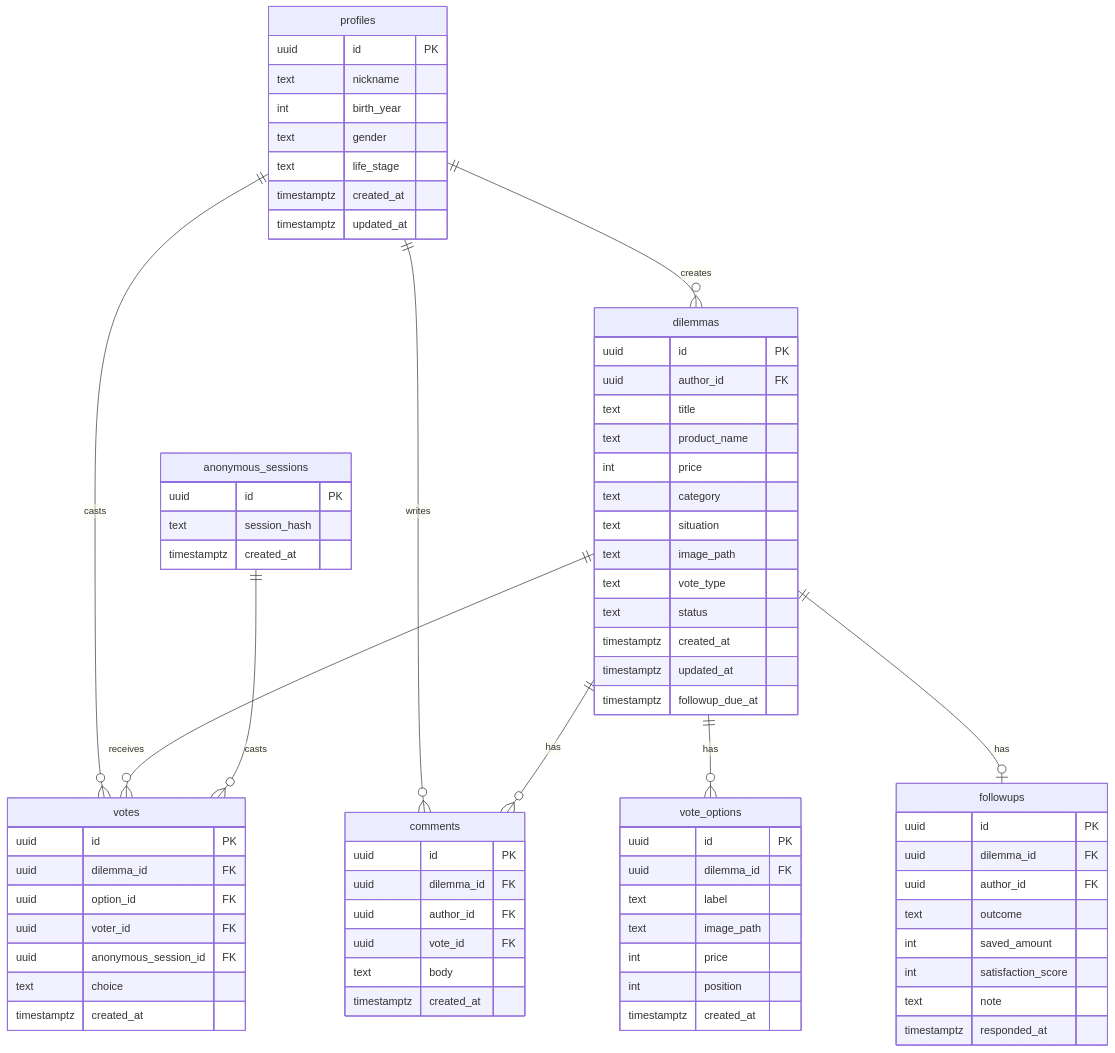
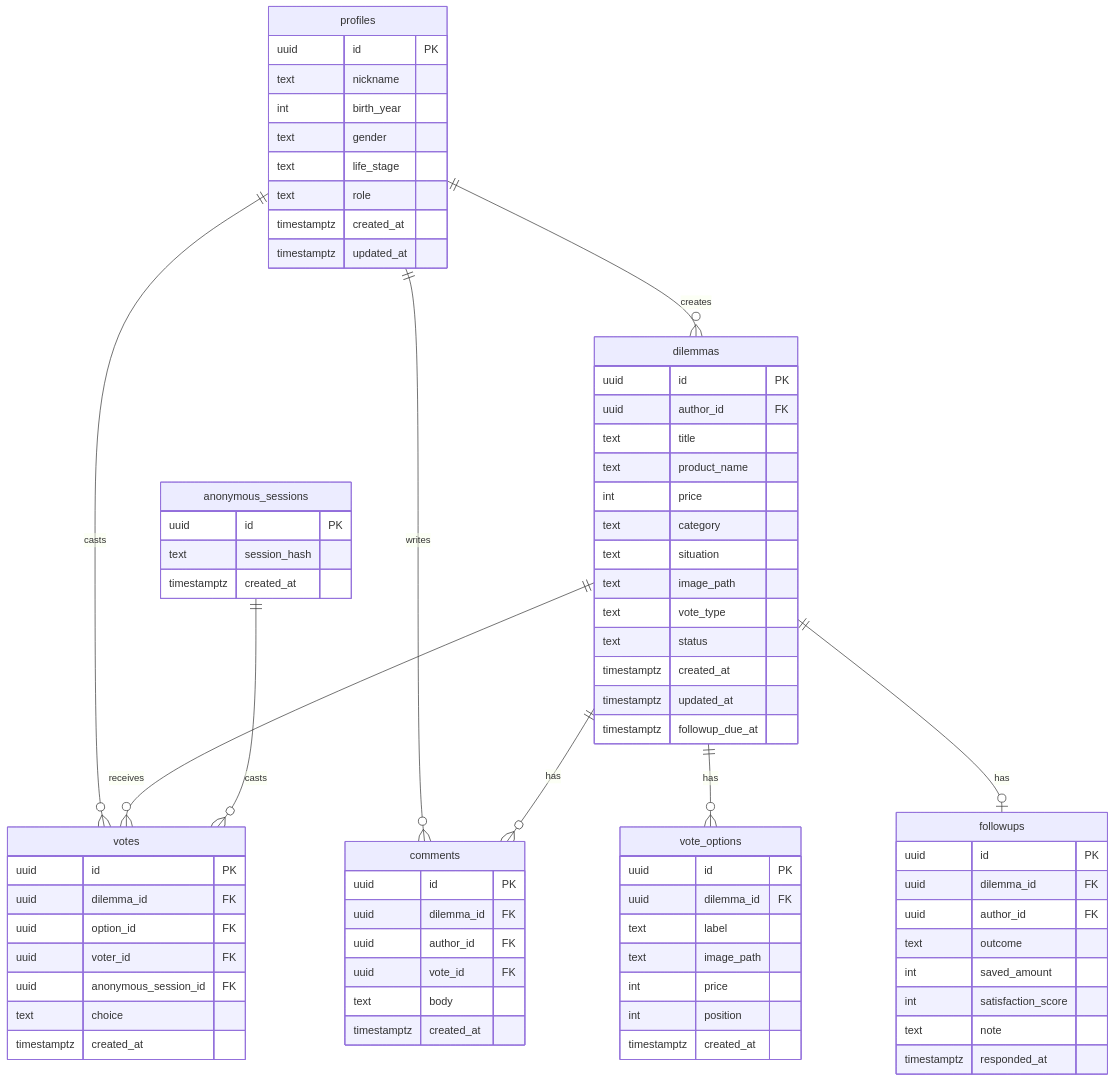
Before and after one commit to jiho7407/PickIt: the diagram in Planning/ERD.md, drawn with Mermaid. The commit also changed other lines of this file and 19 other files, not shown here.

```diff
--- a/Planning/ERD.md
+++ b/Planning/ERD.md
@@ -24,6 +24,7 @@
     int birth_year
     text gender
     text life_stage
+    text role
     timestamptz created_at
     timestamptz updated_at
   }
```
